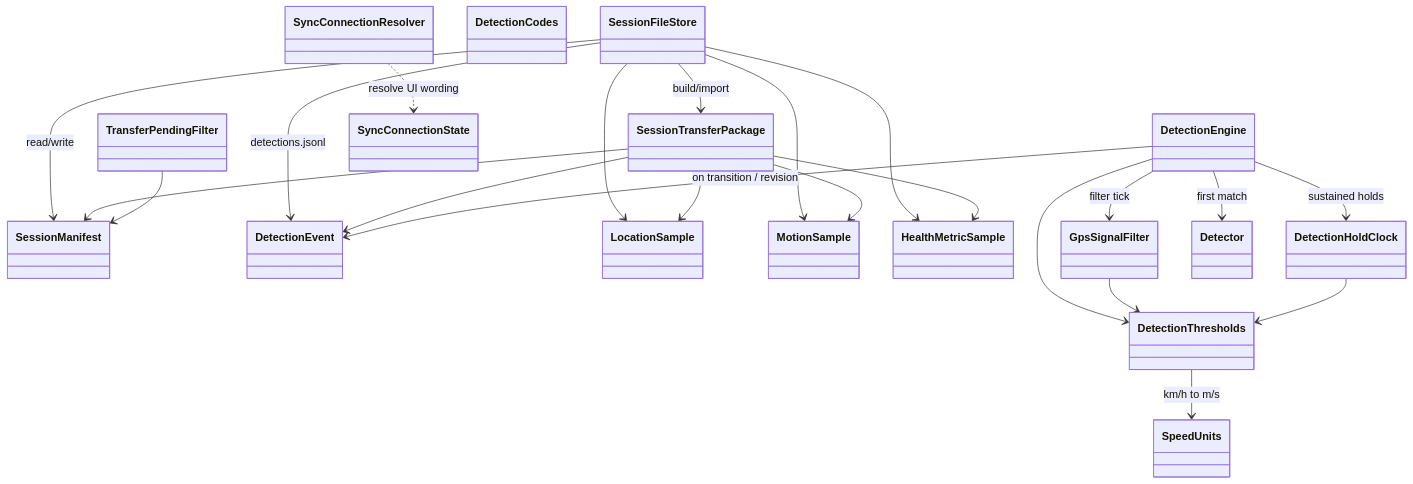
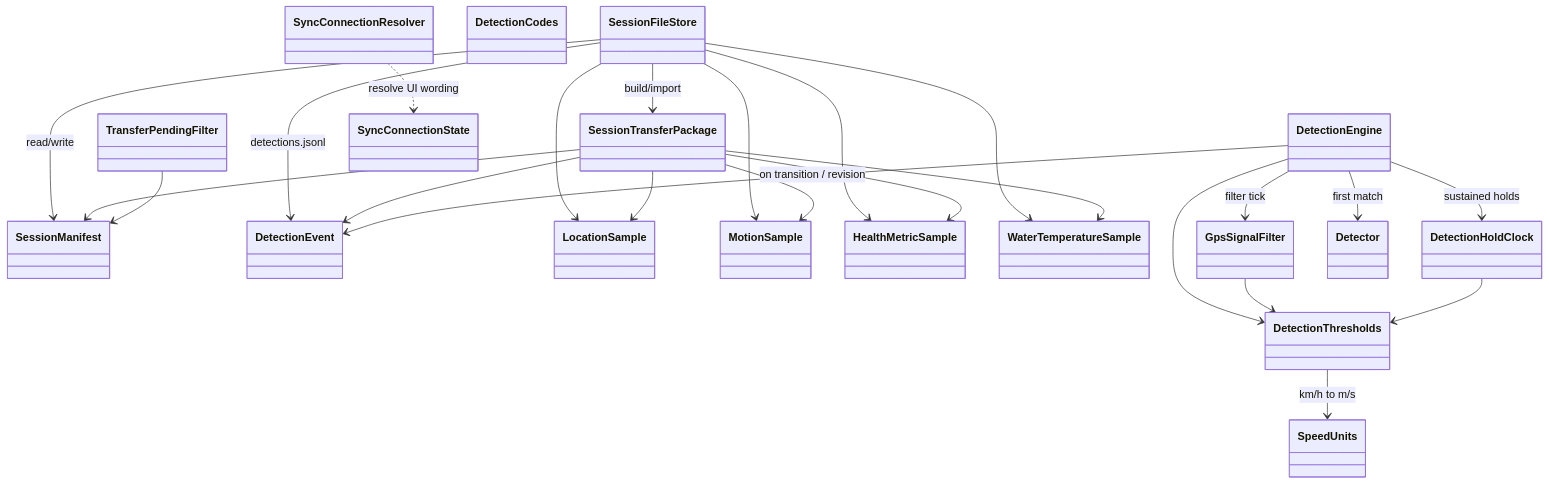
Before and after one commit to DCSBL/rppl: the first of 3 diagrams in RpplCore/DESIGN.md, drawn with Mermaid. The commit also changed other lines of this file and 4 other files, not shown here.

First line of the commit message:
docs+test: water temperature stream and session average

````diff
--- a/RpplCore/DESIGN.md
+++ b/RpplCore/DESIGN.md
@@ -9,46 +9,49 @@
 ```mermaid
 classDiagram
   direction TB
 
   class SessionManifest
   class DetectionEvent
   class LocationSample
   class MotionSample
   class HealthMetricSample
+  class WaterTemperatureSample
   class SessionTransferPackage
   class SessionFileStore
   class DetectionCodes
   class TransferPendingFilter
   class SyncConnectionResolver
   class DetectionEngine
   class GpsSignalFilter
   class DetectionHoldClock
   class Detector
   class DetectionThresholds
   class SpeedUnits
 
   SessionFileStore --> SessionManifest : read/write
   SessionFileStore --> DetectionEvent : detections.jsonl
   SessionFileStore --> LocationSample
   SessionFileStore --> MotionSample
   SessionFileStore --> HealthMetricSample
+  SessionFileStore --> WaterTemperatureSample
   SessionFileStore --> SessionTransferPackage : build/import
 
   SessionTransferPackage --> SessionManifest
   SessionTransferPackage --> DetectionEvent
   SessionTransferPackage --> LocationSample
   SessionTransferPackage --> MotionSample
   SessionTransferPackage --> HealthMetricSample
+  SessionTransferPackage --> WaterTemperatureSample
 
   DetectionEngine --> GpsSignalFilter : filter tick
   DetectionEngine --> DetectionHoldClock : sustained holds
   DetectionEngine --> Detector : first match
   DetectionEngine --> DetectionEvent : on transition / revision
   DetectionEngine --> DetectionThresholds
   GpsSignalFilter --> DetectionThresholds
   DetectionHoldClock --> DetectionThresholds
   DetectionThresholds --> SpeedUnits : km/h to m/s
 
   SyncConnectionResolver ..> SyncConnectionState : resolve UI wording
   TransferPendingFilter --> SessionManifest
 ```
````
